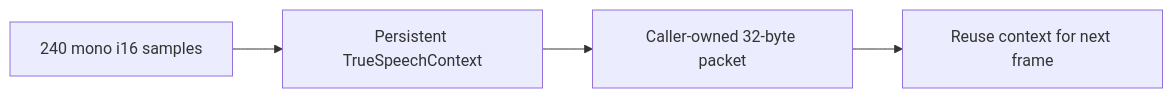
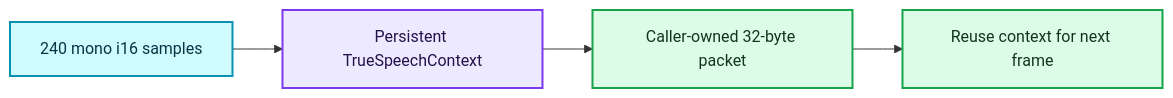
One commit to younsabood/truespeech changed the diagram in docs/quickstart.md. Above: the diagram before and after it, drawn with Mermaid. The commit also changed other lines of this file and 11 other files, not shown here.

````diff
--- a/docs/quickstart.md
+++ b/docs/quickstart.md
@@ -28,6 +37,13 @@
 ```mermaid
 flowchart LR
     PCM["240 mono i16 samples"] --> Context["Persistent TrueSpeechContext"]
     Context --> Packet["Caller-owned 32-byte packet"]
     Packet --> Next["Reuse context for next frame"]
+
+    classDef input fill:#cffafe,stroke:#0891b2,color:#083344,stroke-width:2px
+    classDef state fill:#ede9fe,stroke:#7c3aed,color:#24134a,stroke-width:2px
+    classDef output fill:#dcfce7,stroke:#16a34a,color:#12351f,stroke-width:2px
+    class PCM input
+    class Context state
+    class Packet,Next output
 ```
````
